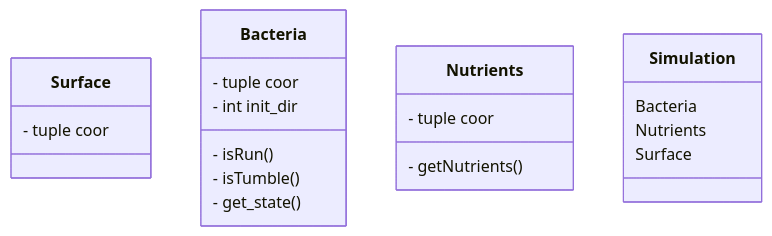
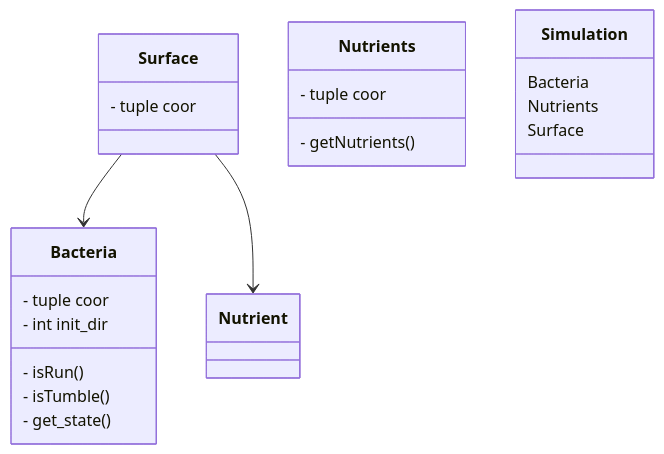
Before and after one commit to programming-formalisms/programming_formalisms_project_summer_2024: the diagram in learners/phuong/class.md, drawn with Mermaid.

````diff
--- a/learners/phuong/class.md
+++ b/learners/phuong/class.md
@@ -2,26 +2,29 @@
 ```mermaid
 classDiagram
 class Surface{
     - tuple coor
 }
 
 class Bacteria{
     - tuple coor
     - int init_dir
     - isRun()
     - isTumble()
     - get_state()
 }
 
 class Nutrients{
     - tuple coor
     - getNutrients()
 }
 
 
 class Simulation{
     Bacteria
     Nutrients
     Surface
 }
+
+Surface --> Bacteria
+Surface --> Nutrient
 ```
````
